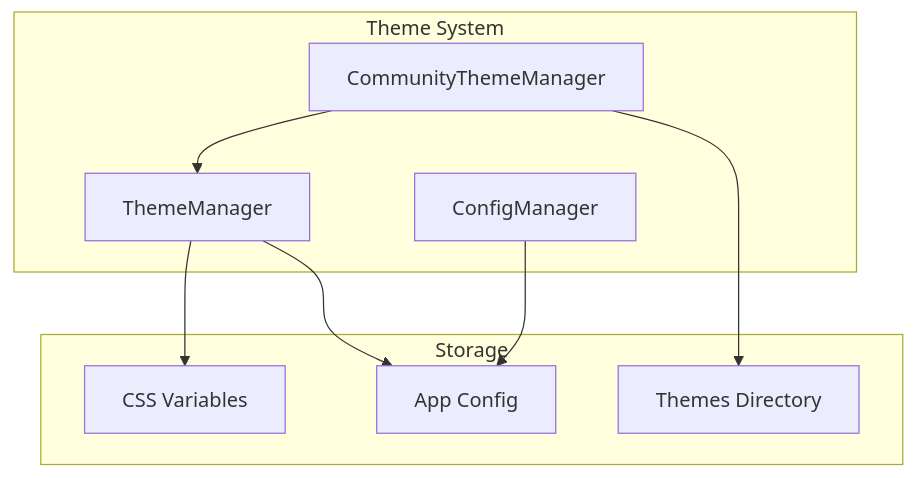
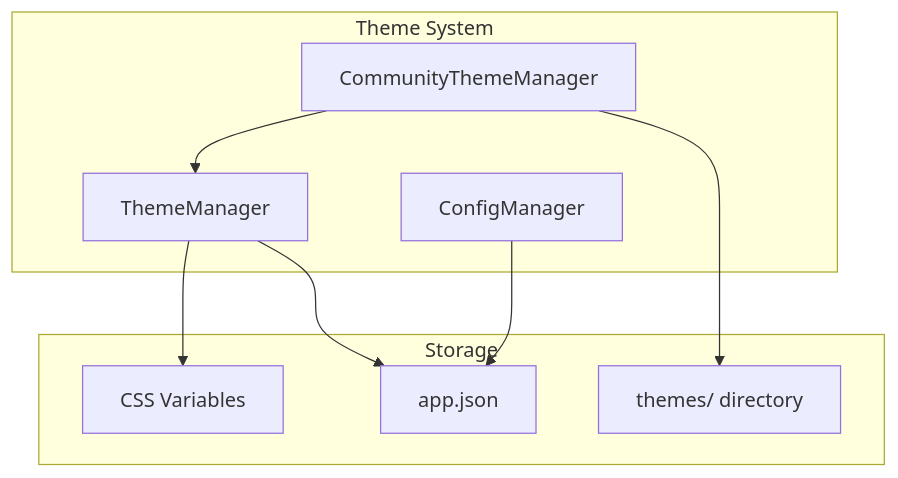
One commit to inkdown/inkdown changed the first of 2 diagrams in docs/architecture/theme-system.md. Above: the diagram before and after it, drawn with Mermaid. The commit also changed other lines of this file and 22 other files, not shown here.

````diff
--- a/docs/architecture/theme-system.md
+++ b/docs/architecture/theme-system.md
@@ -13,20 +13,20 @@
 ```mermaid
 graph TD
     subgraph "Theme System"
         TM[ThemeManager]
         CTM[CommunityThemeManager]
         CM[ConfigManager]
     end
 
     subgraph "Storage"
         CSS[CSS Variables]
-        Config[App Config]
-        ThemeDir[Themes Directory]
+        Config[app.json]
+        ThemeDir[themes/ directory]
     end
 
     TM --> CSS
     TM --> Config
     CTM --> ThemeDir
     CTM --> TM
     CM --> Config
 ```
````
